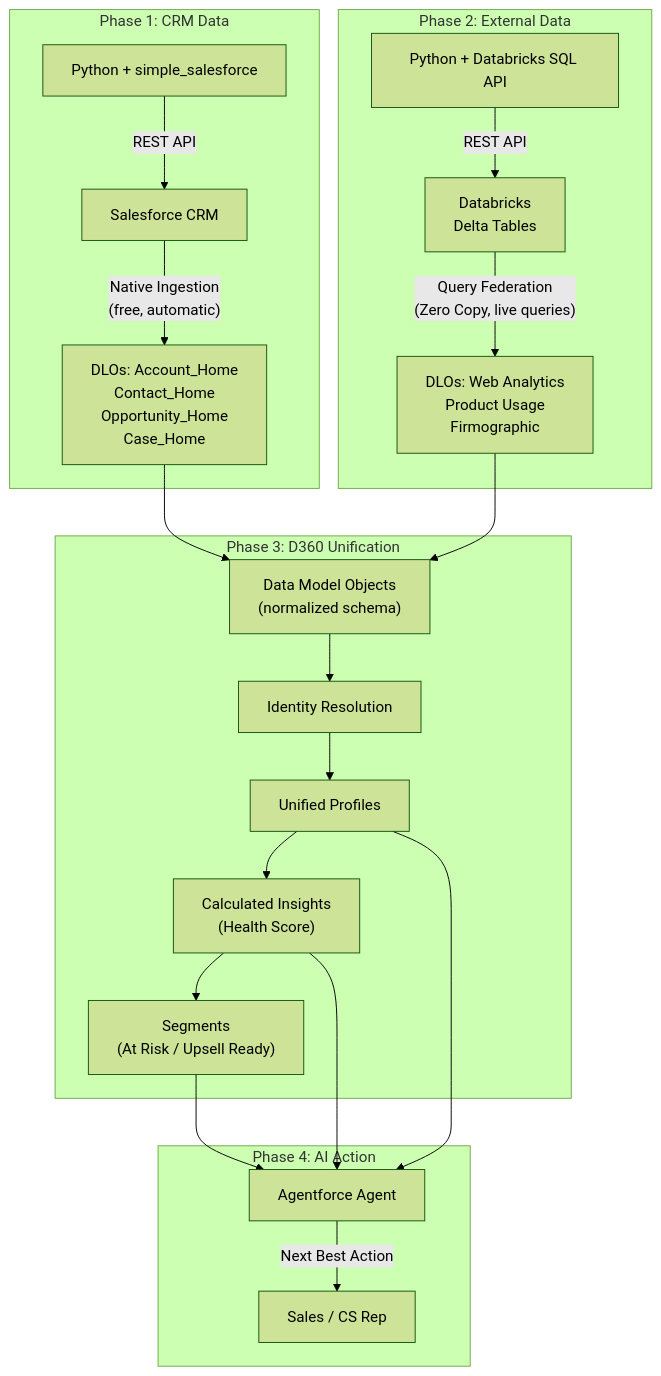
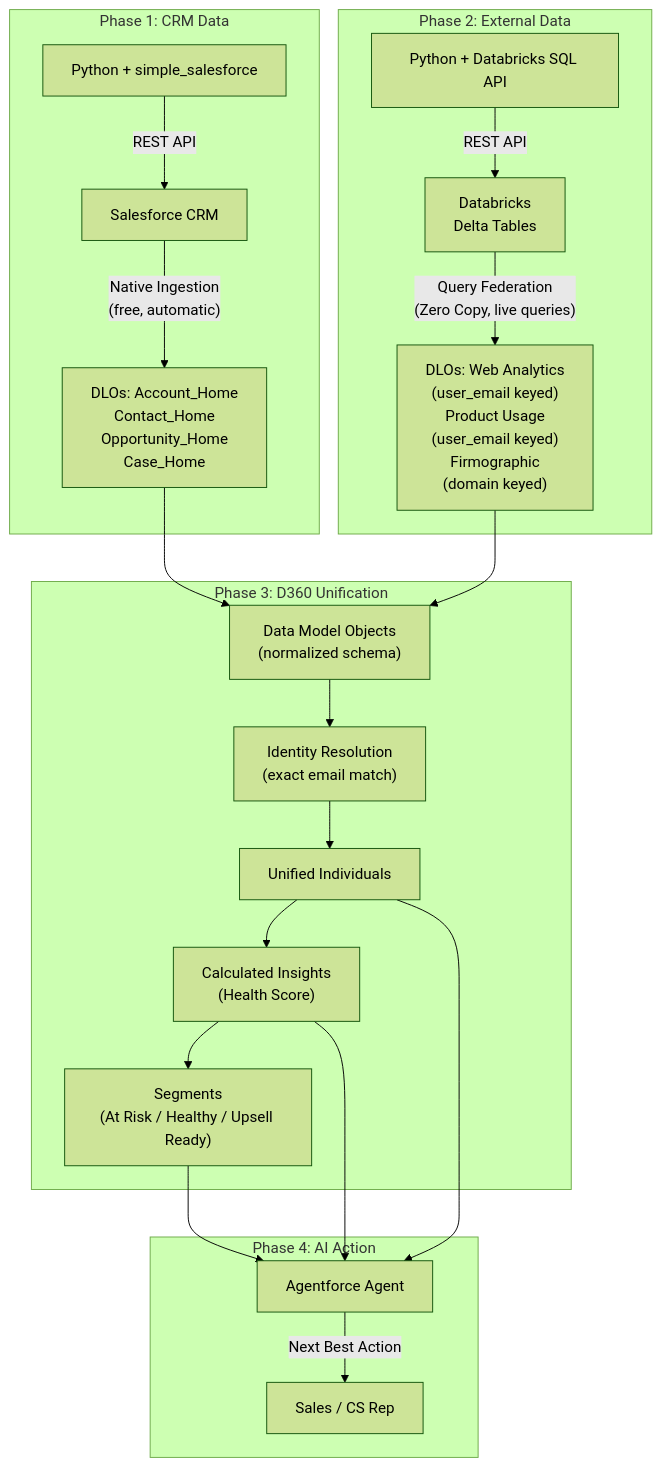
The third of 4 diagrams in README.md (btriani/salesforce-d360-agentforce-lab), drawn with Mermaid (forest theme) before and after one commit. The commit also changed other lines of this file and 1 other file, not shown here.

Commit message:
docs: update root and lab READMEs with redesigned architecture

````diff
--- a/README.md
+++ b/README.md
@@ -110,28 +110,28 @@
 ```mermaid
 graph TB
     subgraph "Phase 1: CRM Data"
         PY1["Python + simple_salesforce"] -->|"REST API"| SF["Salesforce CRM"]
         SF -->|"Native Ingestion<br/>(free, automatic)"| DLO_CRM["DLOs: Account_Home<br/>Contact_Home<br/>Opportunity_Home<br/>Case_Home"]
     end
 
     subgraph "Phase 2: External Data"
         PY2["Python + Databricks SQL API"] -->|"REST API"| DBX["Databricks<br/>Delta Tables"]
-        DBX -->|"Query Federation<br/>(Zero Copy, live queries)"| DLO_EXT["DLOs: Web Analytics<br/>Product Usage<br/>Firmographic"]
+        DBX -->|"Query Federation<br/>(Zero Copy, live queries)"| DLO_EXT["DLOs: Web Analytics<br/>(user_email keyed)<br/>Product Usage<br/>(user_email keyed)<br/>Firmographic<br/>(domain keyed)"]
     end
 
     subgraph "Phase 3: D360 Unification"
         DLO_CRM --> DMO["Data Model Objects<br/>(normalized schema)"]
         DLO_EXT --> DMO
-        DMO --> IR["Identity Resolution"]
-        IR --> UP["Unified Profiles"]
+        DMO --> IR["Identity Resolution<br/>(exact email match)"]
+        IR --> UP["Unified Individuals"]
         UP --> CI["Calculated Insights<br/>(Health Score)"]
-        CI --> SEG["Segments<br/>(At Risk / Upsell Ready)"]
+        CI --> SEG["Segments<br/>(At Risk / Healthy / Upsell Ready)"]
     end
 
     subgraph "Phase 4: AI Action"
         SEG --> AGENT["Agentforce Agent"]
         CI --> AGENT
         UP --> AGENT
         AGENT -->|"Next Best Action"| USER["Sales / CS Rep"]
     end
 ```
````
